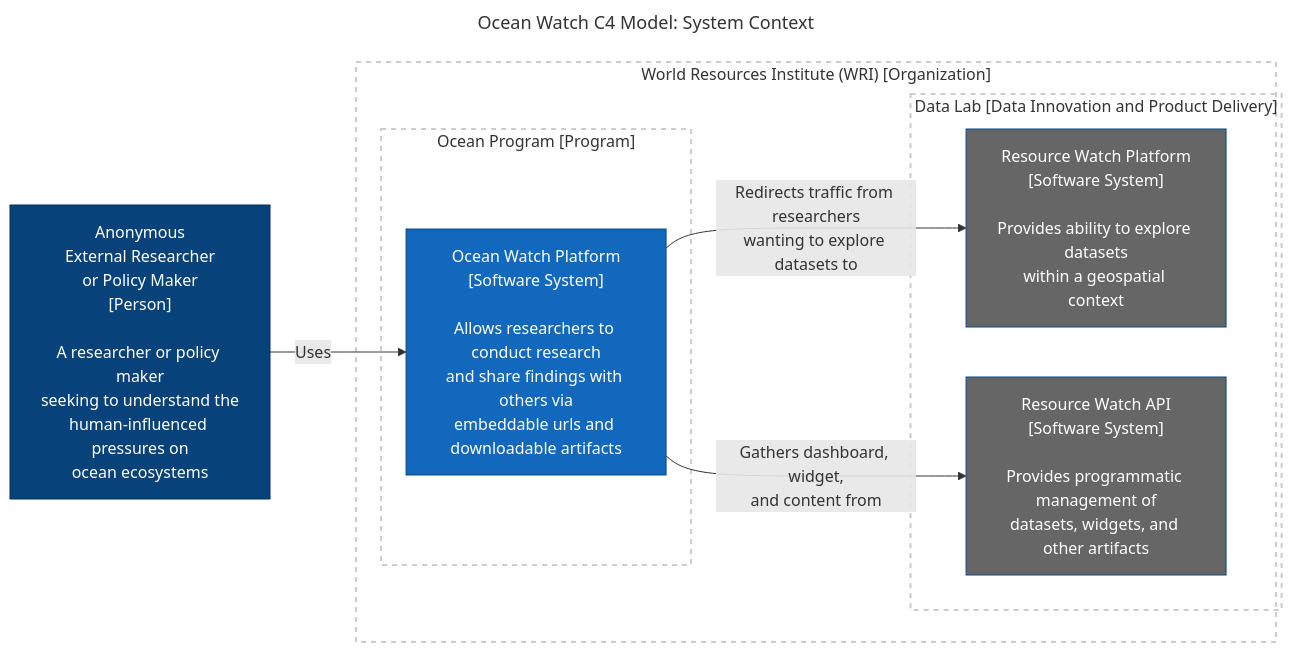
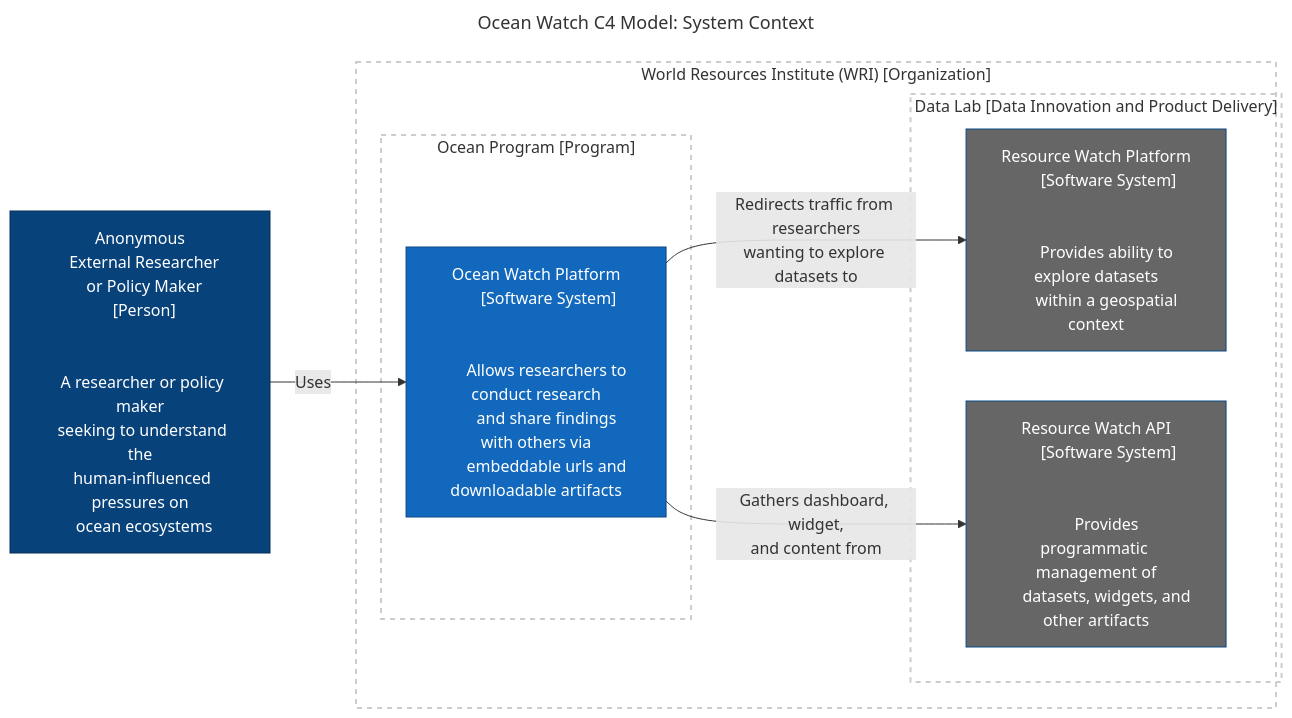
The diagram in docs/architecture/c4_L1_system_context.md (wri/ocean-watch), drawn with Mermaid before and after one commit. The commit also changed 1 other file, not shown here.

Commit message:
Update c4_L1_system_context.md (#47)
* Update c4_L1_system_context.md

Update to new mermaid behavior for newlines

````diff
--- a/docs/architecture/c4_L1_system_context.md
+++ b/docs/architecture/c4_L1_system_context.md
@@ -26,37 +26,58 @@
 ```mermaid
 ---
 title: "Ocean Watch C4 Model: System Context"
 ---
 flowchart LR
-  PersonResearcher["Anonymous\nExternal Researcher\nor Policy Maker\n[Person]\n\nA researcher or policy maker\nseeking to understand the\nhuman-influenced pressures on\nocean ecosystems"]
+  PersonResearcher["Anonymous
+  External Researcher
+  or Policy Maker
+  [Person]
+  <br/>
+  A researcher or policy maker
+  seeking to understand the
+  human-influenced pressures on
+  ocean ecosystems"]
   
   subgraph BoundaryWRI["World Resources Institute (WRI) [Organization]"]
     subgraph BoundaryOceanProgram["Ocean Program [Program]"]
-      SystemOceanWatch["Ocean Watch Platform\n[Software System]\n\nAllows researchers to conduct research\nand share findings with others via\nembeddable urls and downloadable artifacts"]
+      SystemOceanWatch["Ocean Watch Platform
+      [Software System]
+      <br>
+      Allows researchers to conduct research
+      and share findings with others via
+      embeddable urls and downloadable artifacts"]
     end
     subgraph BoundaryDataLab["Data Lab [Data Innovation and Product Delivery]"]
-      ExtSystemResourceWatchPlatform["Resource Watch Platform\n[Software System]\n\nProvides ability to explore datasets\nwithin a geospatial context"]
-      ExtSystemResourceWatchAPI["Resource Watch API\n[Software System]\n\nProvides programmatic management of\ndatasets, widgets, and other artifacts"]
+      ExtSystemResourceWatchPlatform["Resource Watch Platform
+      [Software System]
+      <br>
+      Provides ability to explore datasets
+      within a geospatial context"]
+      ExtSystemResourceWatchAPI["Resource Watch API
+      [Software System]
+      <br>
+      Provides programmatic management of
+      datasets, widgets, and other artifacts"]
     end
   end
 
   PersonResearcher -- "Uses" --> SystemOceanWatch
-  SystemOceanWatch -- "Gathers dashboard, widget,\nand content from" --> ExtSystemResourceWatchAPI
-  SystemOceanWatch -- "Redirects traffic from researchers\nwanting to explore datasets to" --> ExtSystemResourceWatchPlatform
+  SystemOceanWatch -- "Gathers dashboard, widget,<br>and content from" --> ExtSystemResourceWatchAPI
+  SystemOceanWatch -- "Redirects traffic from researchers<br>wanting to explore datasets to" --> ExtSystemResourceWatchPlatform
   
   click SystemOceanWatch "https://oceanwatchdata.org" _blank
   click ExtSystemResourceWatchPlatform "https://resourcewatch.org" _blank
   click ExtSystemResourceWatchAPI "https://api.resourcewatch.org/" _blank
   
   classDef focusSystem fill:#1168bd,stroke:#0b4884,color:#ffffff
   classDef supportingSystem fill:#666,stroke:#0b4884,color:#ffffff
   classDef person fill:#08427b,stroke:#052e56,color:#ffffff
   
   class SystemOceanWatch focusSystem
   class ExtSystemResourceWatchAPI,ExtSystemResourceWatchPlatform supportingSystem
   class PersonResearcher person
   
   style BoundaryWRI fill:none,stroke:#CCC,stroke-width:2px,stroke-dasharray: 5 5
   style BoundaryDataLab fill:none,stroke:#CCC,stroke-width:2px,stroke-dasharray: 5 5
   style BoundaryOceanProgram fill:none,stroke:#CCC,stroke-width:2px,stroke-dasharray: 5 5
 ```
````
